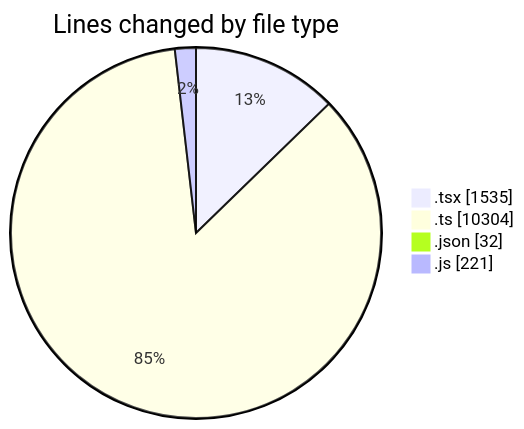
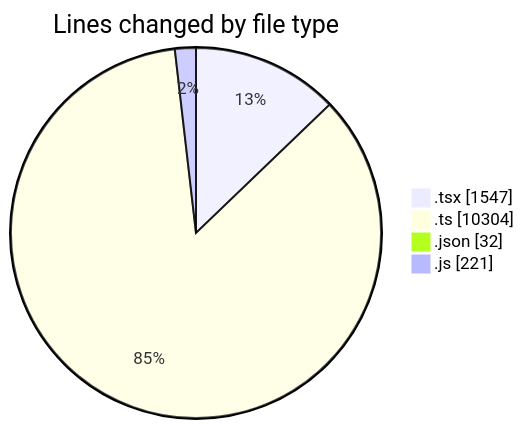
Before and after one commit to momahboobian/code-tracking: the first of 2 diagrams in 2026-07-22/cda/README.md, drawn with Mermaid. The commit also changed other lines of this file and 1 other file, not shown here.

````diff
--- a/2026-07-22/cda/README.md
+++ b/2026-07-22/cda/README.md
@@ -32,8 +32,8 @@
 ```mermaid
 pie showData
 title Lines changed by file type
-".tsx" : 1535
+".tsx" : 1547
 ".ts" : 10304
 ".json" : 32
 ".js" : 221
 ```
````
